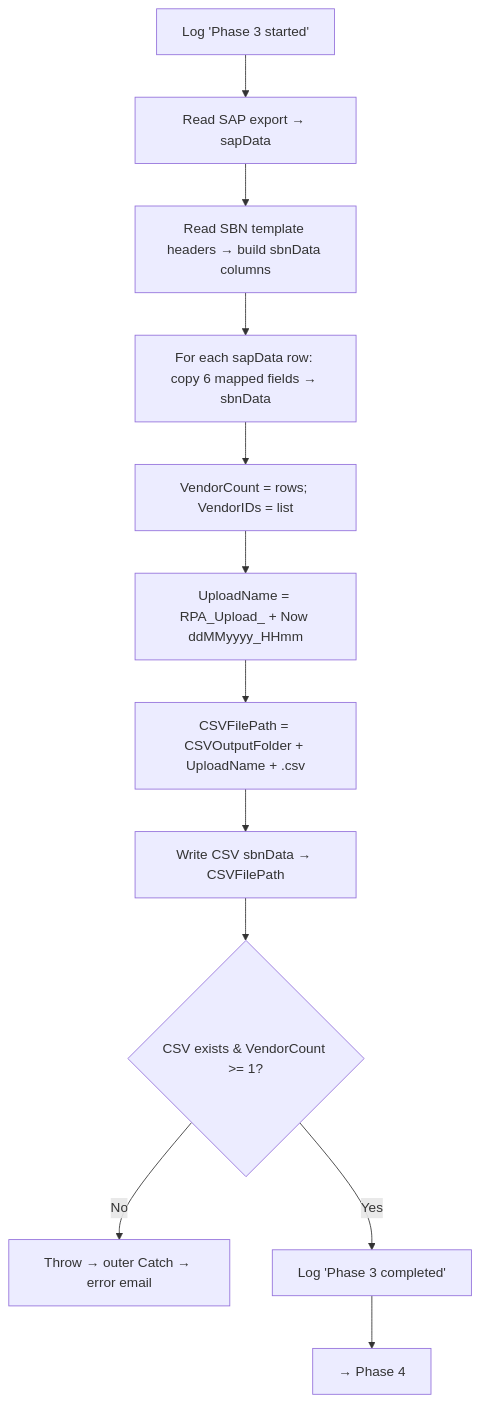
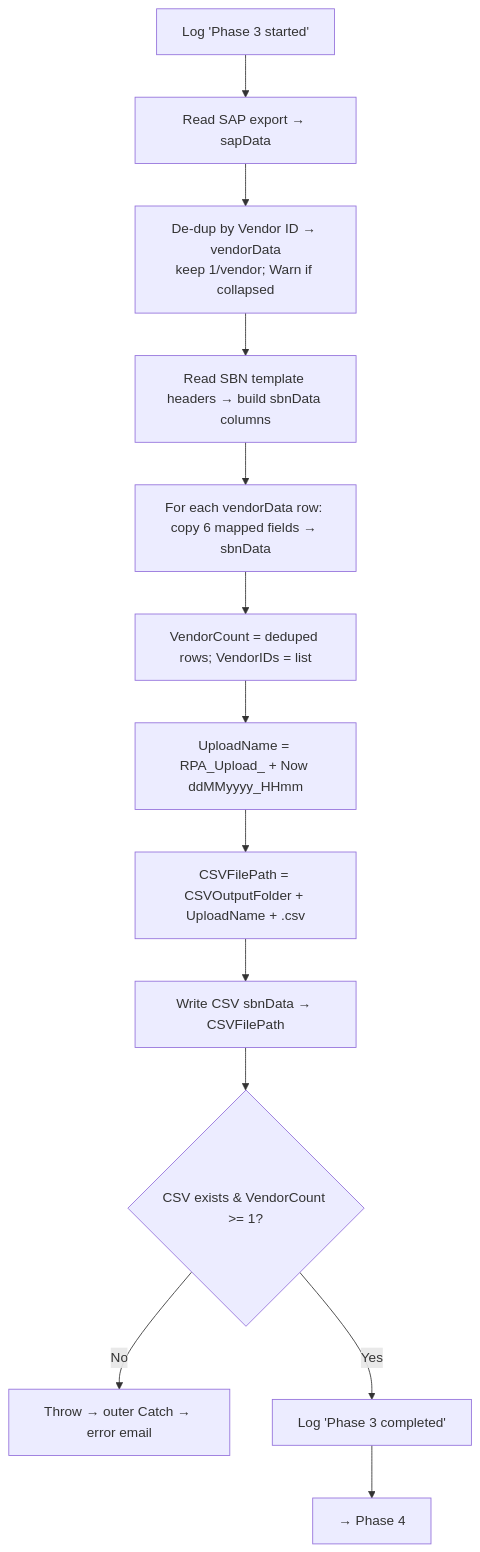
The third of 3 diagrams in vendor-sbn-upload-bot/docs/medium-level-design.md (vitep111/RPA), drawn with Mermaid before and after one commit. The commit also changed other lines of this file and 3 other files, not shown here.

First line of the commit message:
Handle vendors with multiple emails (one email per vendor for SBN)

````diff
--- a/vendor-sbn-upload-bot/docs/medium-level-design.md
+++ b/vendor-sbn-upload-bot/docs/medium-level-design.md
@@ -215,13 +224,14 @@
 ```mermaid
 graph TD
     Q1[Log 'Phase 3 started'] --> Q2[Read SAP export → sapData]
-    Q2 --> Q3[Read SBN template headers → build sbnData columns]
-    Q3 --> Q4[For each sapData row: copy 6 mapped fields → sbnData]
-    Q4 --> Q5[VendorCount = rows; VendorIDs = list]
+    Q2 --> Q2b[De-dup by Vendor ID → vendorData<br/>keep 1/vendor; Warn if collapsed]
+    Q2b --> Q3[Read SBN template headers → build sbnData columns]
+    Q3 --> Q4[For each vendorData row: copy 6 mapped fields → sbnData]
+    Q4 --> Q5[VendorCount = deduped rows; VendorIDs = list]
     Q5 --> Q6[UploadName = RPA_Upload_ + Now ddMMyyyy_HHmm]
     Q6 --> Q7[CSVFilePath = CSVOutputFolder + UploadName + .csv]
     Q7 --> Q8[Write CSV sbnData → CSVFilePath]
     Q8 --> Q9{CSV exists & VendorCount >= 1?}
     Q9 -->|No| THROW3[Throw → outer Catch → error email]
     Q9 -->|Yes| Q10[Log 'Phase 3 completed'] --> NEXT3[→ Phase 4]
 ```
````
